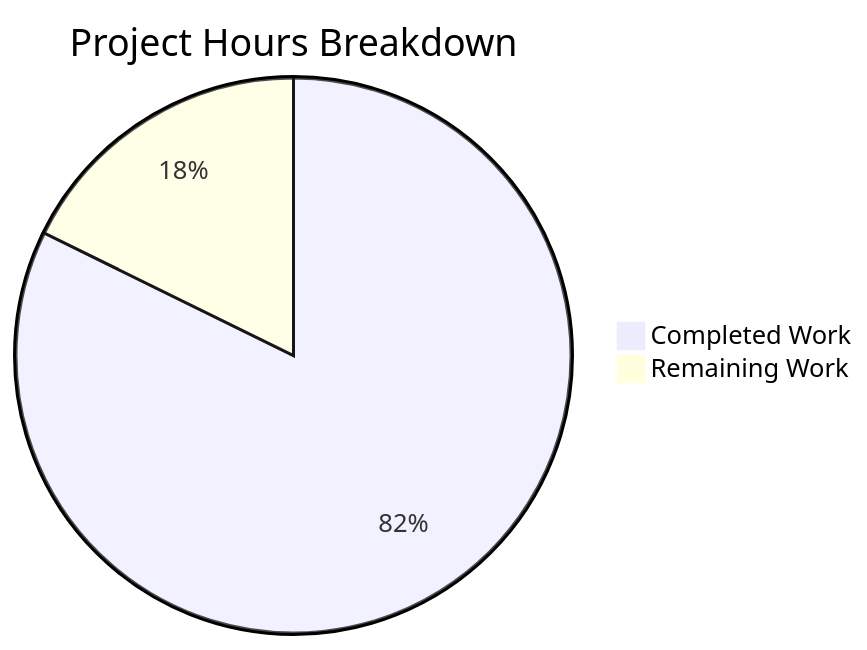
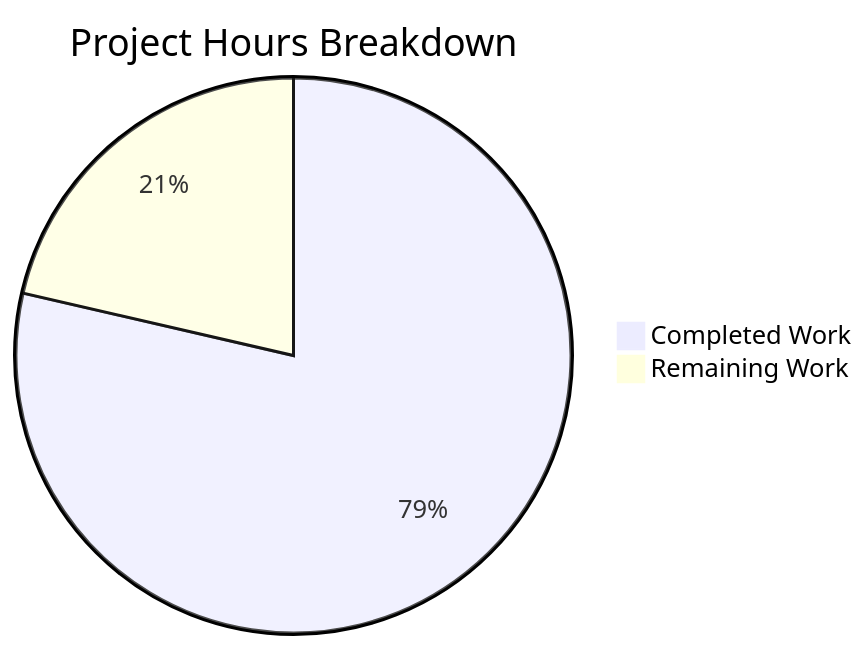
The second of 2 diagrams in blitzy/documentation/Project Guide.md (blitzy-public-samples/blitzy-triton), drawn with Mermaid before and after one commit. The commit also changed other lines of this file, not shown here.

Commit message:
Adding Blitzy Project Guide: Project Status and Human Tasks Remaining

````diff
--- a/blitzy/documentation/Project Guide.md
+++ b/blitzy/documentation/Project Guide.md
@@ -240,5 +248,5 @@
 ```mermaid
 pie title Project Hours Breakdown
-    "Completed Work" : 334
-    "Remaining Work" : 72
+    "Completed Work" : 294
+    "Remaining Work" : 80
 ```
````
